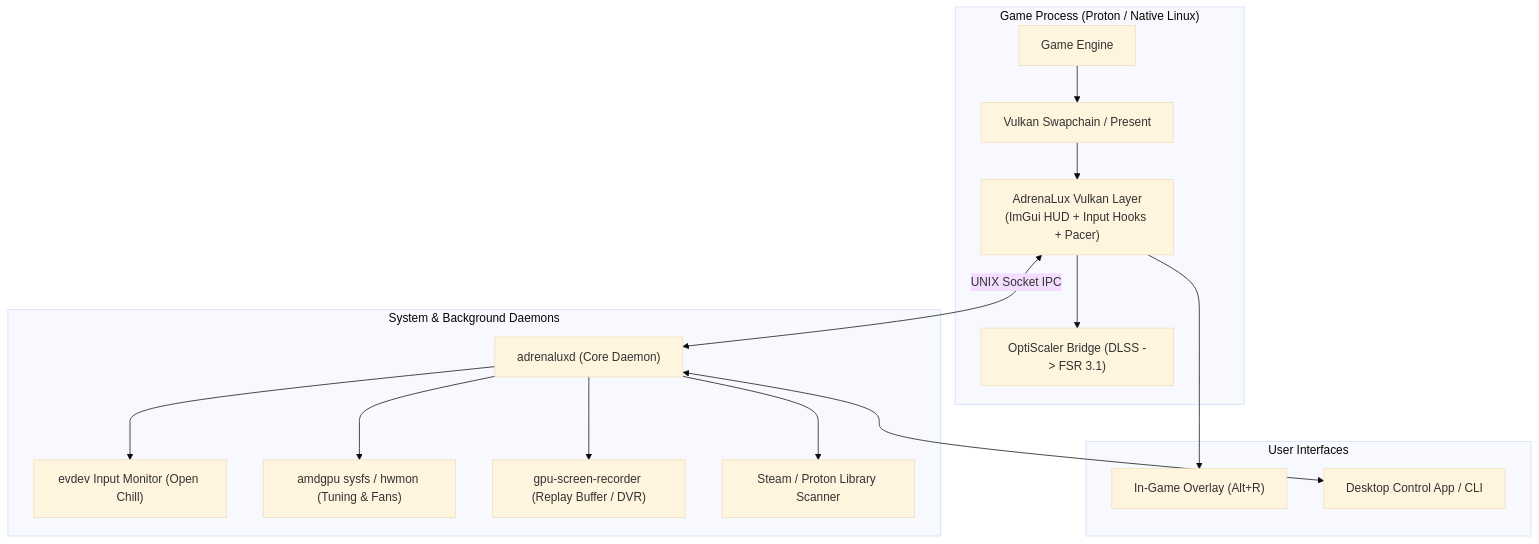
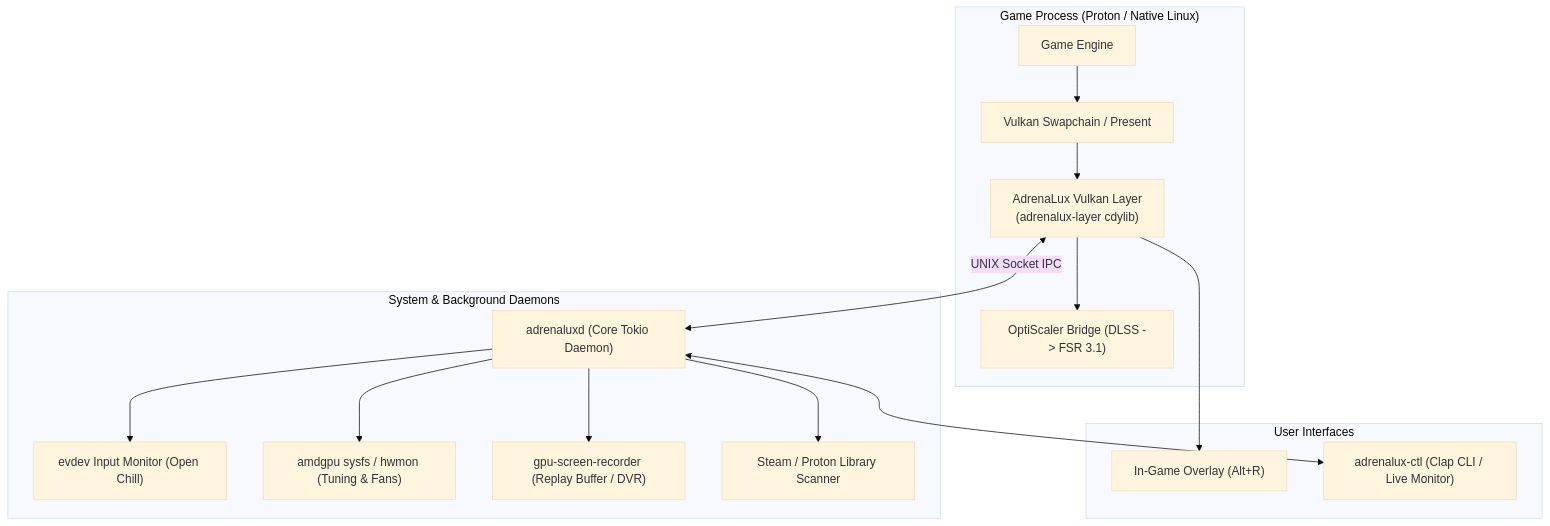
The diagram in README.md (thomasbaloyi/adrenalux), drawn with Mermaid (base theme) before and after one commit. The commit also changed other lines of this file and 1 other file, not shown here.

````diff
--- a/README.md
+++ b/README.md
@@ -28,21 +27,21 @@
 ```mermaid
 graph TD
     subgraph "Game Process (Proton / Native Linux)"
         Game[Game Engine] --> Swapchain[Vulkan Swapchain / Present]
-        Swapchain --> Layer["AdrenaLux Vulkan Layer<br/>(ImGui HUD + Input Hooks + Pacer)"]
+        Swapchain --> Layer["AdrenaLux Vulkan Layer<br/>(adrenalux-layer cdylib)"]
         Layer --> OptiScaler["OptiScaler Bridge (DLSS -> FSR 3.1)"]
     end
 
     subgraph "System & Background Daemons"
-        Layer <-->|UNIX Socket IPC| Daemon["adrenaluxd (Core Daemon)"]
+        Layer <-->|UNIX Socket IPC| Daemon["adrenaluxd (Core Tokio Daemon)"]
         Daemon --> Evdev["evdev Input Monitor (Open Chill)"]
         Daemon --> GPU["amdgpu sysfs / hwmon (Tuning & Fans)"]
         Daemon --> GSR["gpu-screen-recorder (Replay Buffer / DVR)"]
         Daemon --> Steam["Steam / Proton Library Scanner"]
     end
 
     subgraph "User Interfaces"
         Layer --> InGameUI["In-Game Overlay (Alt+R)"]
-        Daemon <--> DesktopUI["Desktop Control App / CLI"]
+        Daemon <--> CLI["adrenalux-ctl (Clap CLI / Live Monitor)"]
     end
 ```
````
